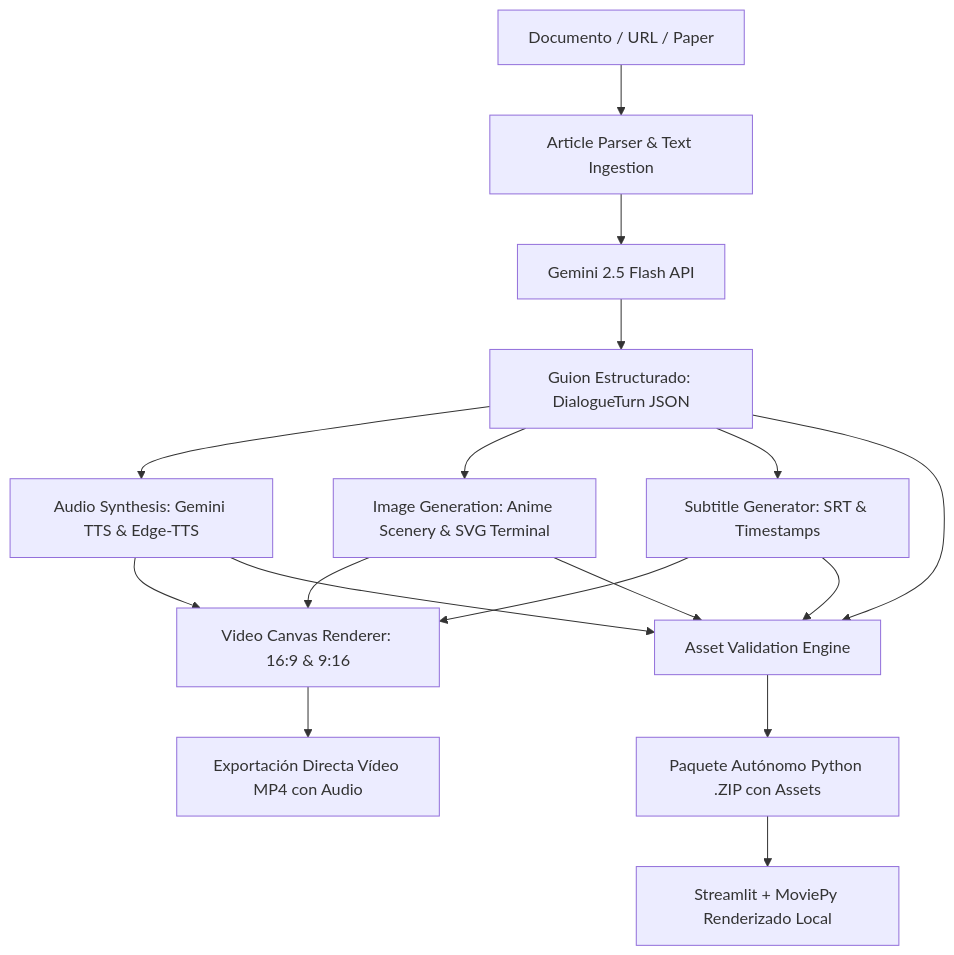
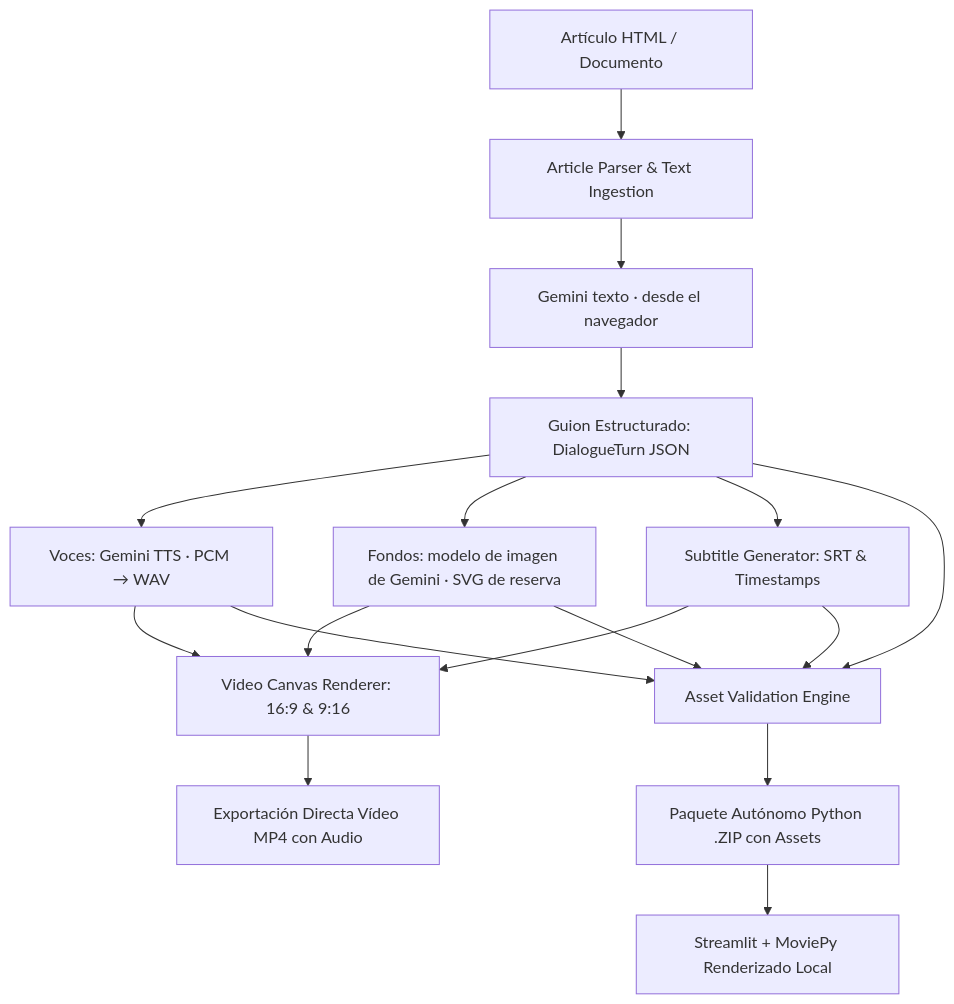
Before and after one commit to jpm70/NotebookLM-Studio: the diagram in README.md, drawn with Mermaid. The commit also changed other lines of this file and 24 other files, not shown here.

````diff
--- a/README.md
+++ b/README.md
@@ -235,19 +240,19 @@
 ```mermaid
 graph TD
-    A[Documento / URL / Paper] --> B[Article Parser & Text Ingestion]
-    B --> C[Gemini 2.5 Flash API]
+    A[Artículo HTML / Documento] --> B[Article Parser & Text Ingestion]
+    B --> C[Gemini texto · desde el navegador]
     C --> D[Guion Estructurado: DialogueTurn JSON]
-    D --> E1[Audio Synthesis: Gemini TTS & Edge-TTS]
-    D --> E2[Image Generation: Anime Scenery & SVG Terminal]
+    D --> E1[Voces: Gemini TTS · PCM → WAV]
+    D --> E2[Fondos: modelo de imagen de Gemini · SVG de reserva]
     D --> E3[Subtitle Generator: SRT & Timestamps]
     E1 --> F1[Video Canvas Renderer: 16:9 & 9:16]
     E2 --> F1
     E3 --> F1
     F1 --> G1[Exportación Directa Vídeo MP4 con Audio]
     D --> H1[Asset Validation Engine]
     E1 --> H1
     E2 --> H1
     E3 --> H1
     H1 --> I1[Paquete Autónomo Python .ZIP con Assets]
     I1 --> J1[Streamlit + MoviePy Renderizado Local]
 ```
````
